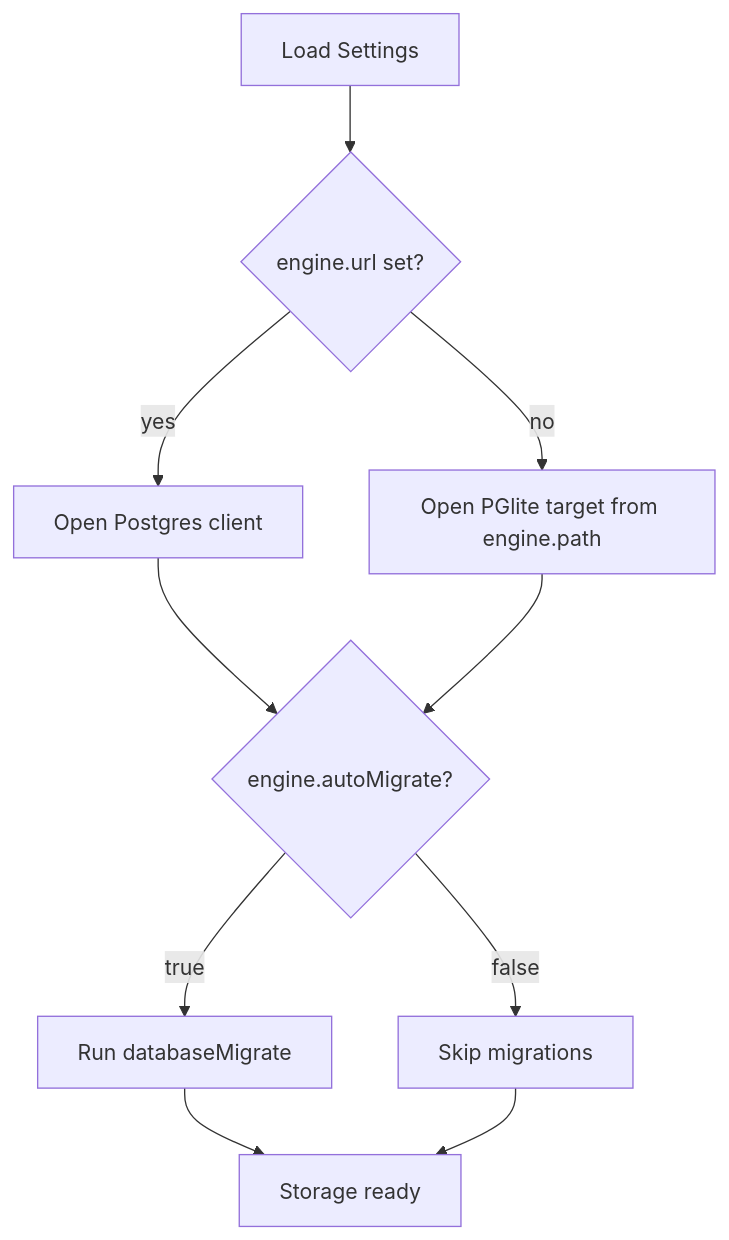
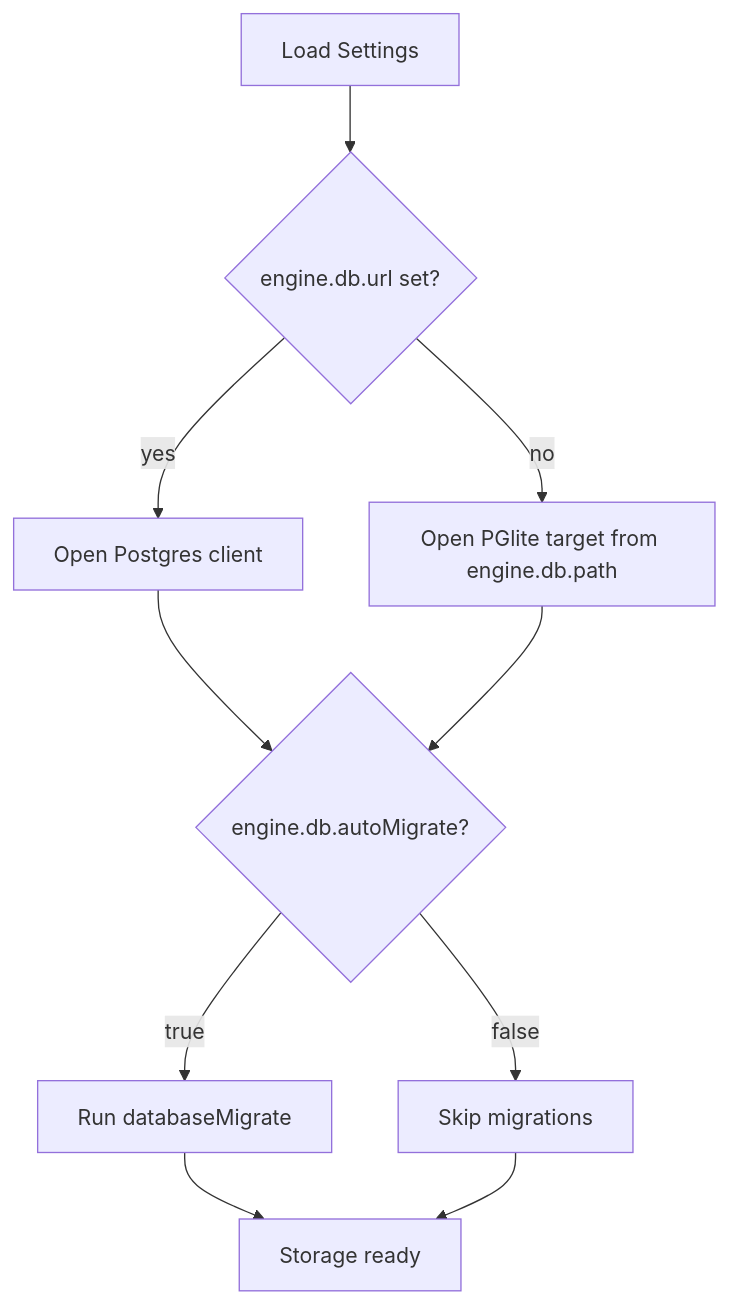
Before and after one commit to ex3ndr/daycare: the diagram in doc/20260226-storage-postgres-settings.md, drawn with Mermaid. The commit also changed other lines of this file and 16 other files, not shown here.

Commit message:
refactor(config): move database settings under engine.db

````diff
--- a/doc/20260226-storage-postgres-settings.md
+++ b/doc/20260226-storage-postgres-settings.md
@@ -23,12 +23,12 @@
 ```mermaid
 flowchart TD
-    A[Load Settings] --> B{engine.url set?}
+    A[Load Settings] --> B{engine.db.url set?}
     B -- yes --> C[Open Postgres client]
-    B -- no --> D[Open PGlite target from engine.path]
-    C --> E{engine.autoMigrate?}
+    B -- no --> D[Open PGlite target from engine.db.path]
+    C --> E{engine.db.autoMigrate?}
     D --> E
     E -- true --> F[Run databaseMigrate]
     E -- false --> G[Skip migrations]
     F --> H[Storage ready]
     G --> H
 ```
````
